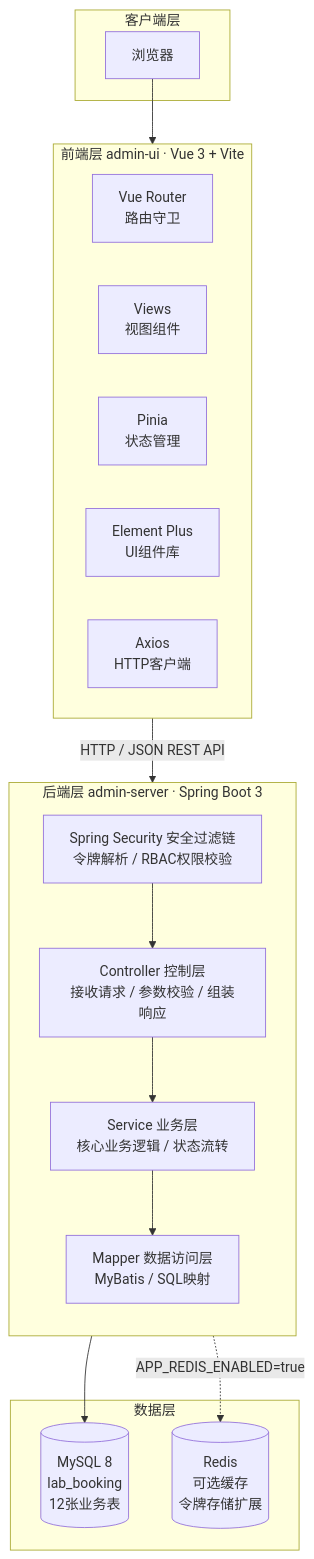
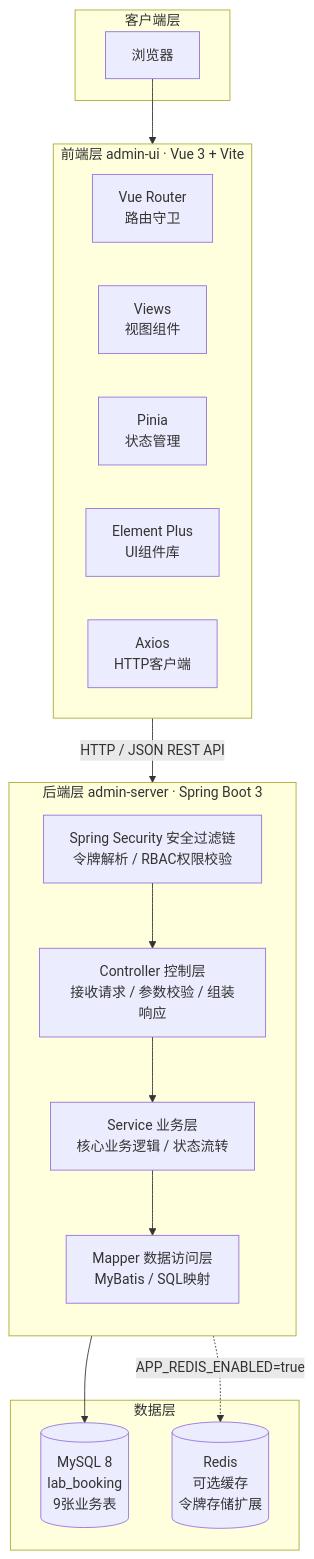
One commit to moon-ic/ssm-lab-booking-system changed the second of 10 diagrams in md/thesis.md. Above: the diagram before and after it, drawn with Mermaid. The commit also changed other lines of this file and 12 other files, not shown here.

````diff
--- a/md/thesis.md
+++ b/md/thesis.md
@@ -367,34 +367,34 @@
 ```mermaid
 graph TB
     subgraph CLIENT["客户端层"]
         Browser["浏览器"]
     end
 
     subgraph FRONTEND["前端层 admin-ui · Vue 3 + Vite"]
         direction LR
         FE1["Vue Router\n路由守卫"]
         FE2["Views\n视图组件"]
         FE3["Pinia\n状态管理"]
         FE4["Element Plus\nUI组件库"]
         FE5["Axios\nHTTP客户端"]
     end
 
     subgraph BACKEND["后端层 admin-server · Spring Boot 3"]
         direction TB
         SEC["Spring Security 安全过滤链\n令牌解析 / RBAC权限校验"]
         CTRL["Controller 控制层\n接收请求 / 参数校验 / 组装响应"]
         SVC["Service 业务层\n核心业务逻辑 / 状态流转"]
         MAPPER["Mapper 数据访问层\nMyBatis / SQL映射"]
         SEC --> CTRL --> SVC --> MAPPER
     end
 
     subgraph DATA["数据层"]
-        DB[("MySQL 8\nlab_booking\n12张业务表")]
+        DB[("MySQL 8\nlab_booking\n9张业务表")]
         CACHE[("Redis\n可选缓存\n令牌存储扩展")]
     end
 
     Browser --> FRONTEND
     FE5 -->|"HTTP / JSON  REST API"| BACKEND
     MAPPER --> DB
     MAPPER -.->|"APP_REDIS_ENABLED=true"| CACHE
 ```
````
